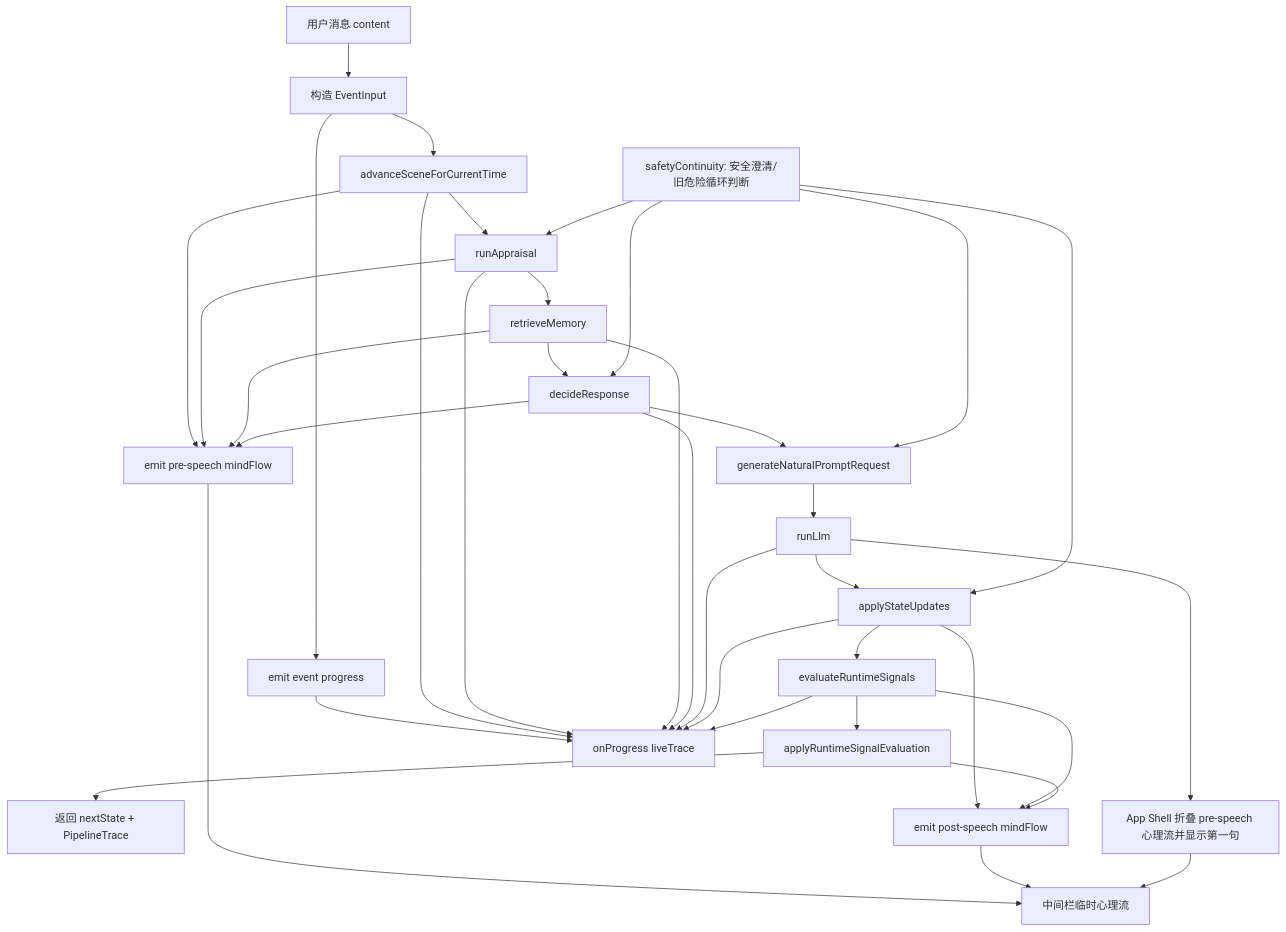
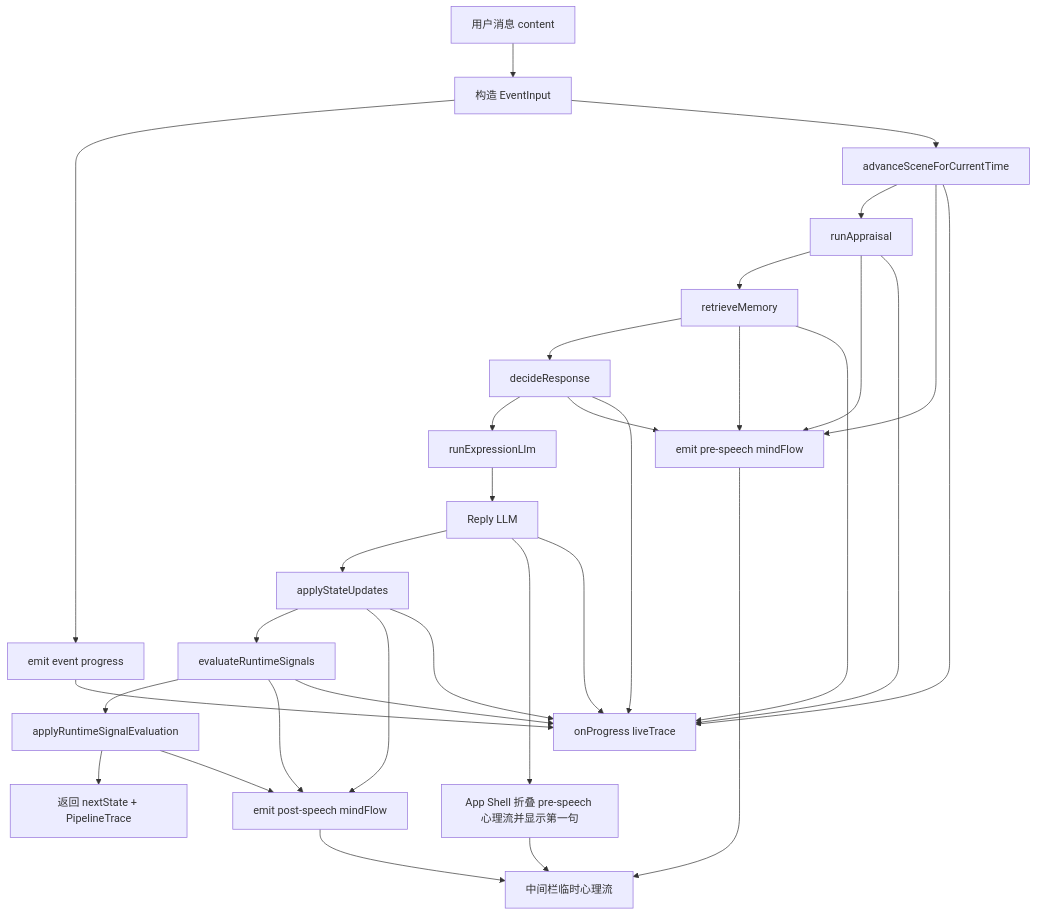
Before and after one commit to ttmanthatman/virtual-human-flow: diagram 23 of 31 in docs/SYSTEM_FLOW.md, drawn with Mermaid. The commit also changed other lines of this file and 23 other files, not shown here.

````diff
--- a/docs/SYSTEM_FLOW.md
+++ b/docs/SYSTEM_FLOW.md
@@ -586,38 +575,34 @@
 ```mermaid
 flowchart TD
     INPUT["用户消息 content"] --> EVENT["构造 EventInput"]
     EVENT --> PROGRESS1["emit event progress"]
     EVENT --> SCENE["advanceSceneForCurrentTime"]
     SCENE --> APPRAISAL["runAppraisal"]
     APPRAISAL --> MEM["retrieveMemory"]
     MEM --> DECISION["decideResponse"]
-    DECISION --> PROMPT["generateNaturalPromptRequest"]
-    PROMPT --> REPLY["runLlm"]
+    DECISION --> EXPR["runExpressionLlm"]
+    EXPR --> REPLY["Reply LLM"]
     REPLY --> UPDATE["applyStateUpdates"]
     UPDATE --> SIGNAL["evaluateRuntimeSignals"]
     SIGNAL --> APPLY["applyRuntimeSignalEvaluation"]
     APPLY --> RETURN["返回 nextState + PipelineTrace"]
     SCENE --> MIND["emit pre-speech mindFlow"]
     APPRAISAL --> MIND
     MEM --> MIND
     DECISION --> MIND
     REPLY --> FOLD["App Shell 折叠 pre-speech 心理流并显示第一句"]
     UPDATE --> POSTMIND["emit post-speech mindFlow"]
     SIGNAL --> POSTMIND
     APPLY --> POSTMIND
-    SAFETY["safetyContinuity: 安全澄清/旧危险循环判断"] --> APPRAISAL
-    SAFETY --> DECISION
-    SAFETY --> PROMPT
-    SAFETY --> UPDATE
     PROGRESS1 --> TRACE["onProgress liveTrace"]
     SCENE --> TRACE
     MIND --> CHAT["中间栏临时心理流"]
     POSTMIND --> CHAT
     FOLD --> CHAT
     APPRAISAL --> TRACE
     MEM --> TRACE
     DECISION --> TRACE
     REPLY --> TRACE
     UPDATE --> TRACE
     SIGNAL --> TRACE
 ```
````
